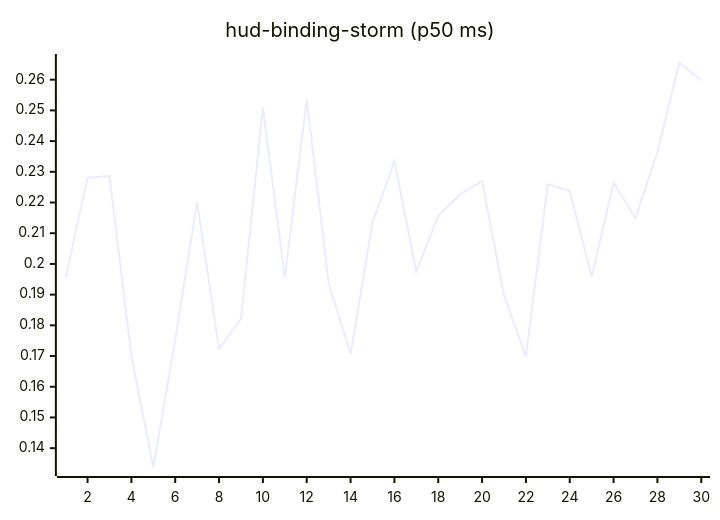
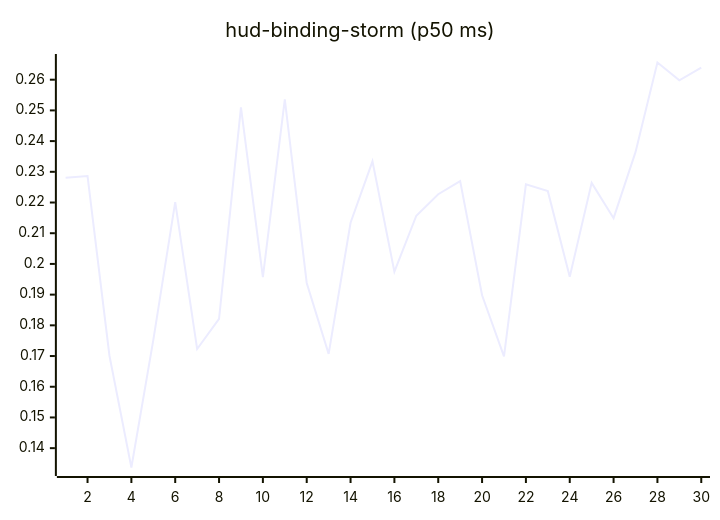
One commit to josha/Facet changed the tenth of 27 diagrams in README.md. Above: the diagram before and after it, drawn with Mermaid. The commit also changed other lines of this file and 2 other files, not shown here.

````diff
--- a/README.md
+++ b/README.md
@@ -126,6 +126,6 @@
 ```mermaid
 xychart-beta
     title "hud-binding-storm (p50 ms)"
     x-axis 1 --> 30
-    line [0.1956, 0.2281, 0.2286, 0.1701, 0.1337, 0.1752, 0.2201, 0.1723, 0.1821, 0.2510, 0.1957, 0.2536, 0.1938, 0.1707, 0.2134, 0.2334, 0.1975, 0.2157, 0.2227, 0.2270, 0.1898, 0.1699, 0.2259, 0.2237, 0.1958, 0.2264, 0.2149, 0.2364, 0.2656, 0.2598]
+    line [0.2281, 0.2286, 0.1701, 0.1337, 0.1752, 0.2201, 0.1723, 0.1821, 0.2510, 0.1957, 0.2536, 0.1938, 0.1707, 0.2134, 0.2334, 0.1975, 0.2157, 0.2227, 0.2270, 0.1898, 0.1699, 0.2259, 0.2237, 0.1958, 0.2264, 0.2149, 0.2364, 0.2656, 0.2598, 0.2639]
 ```
````
